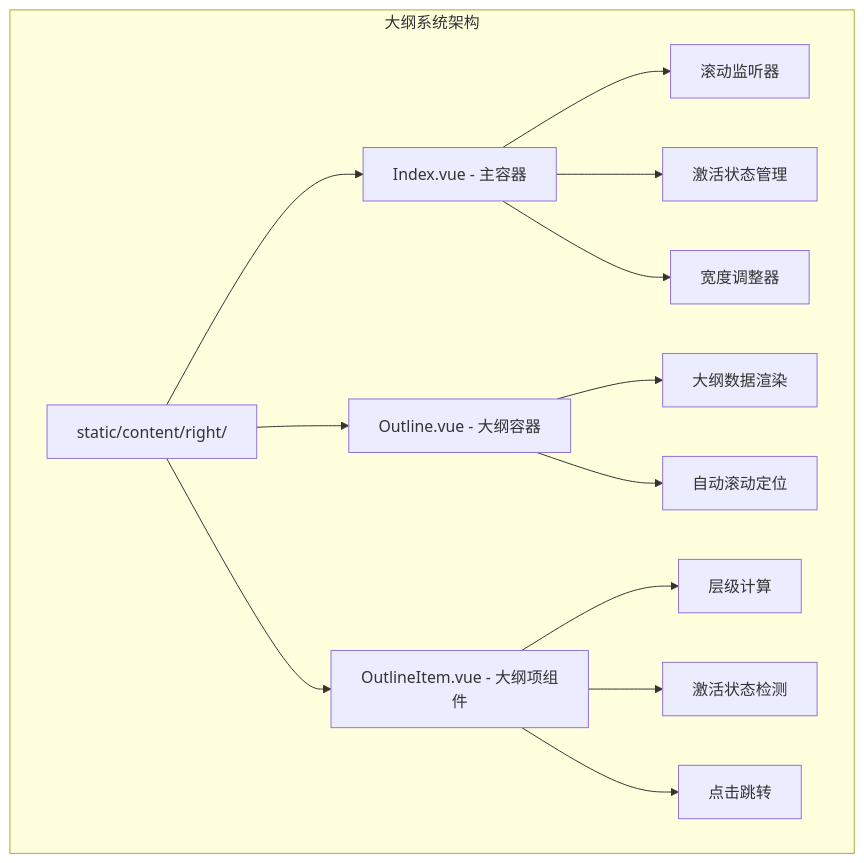
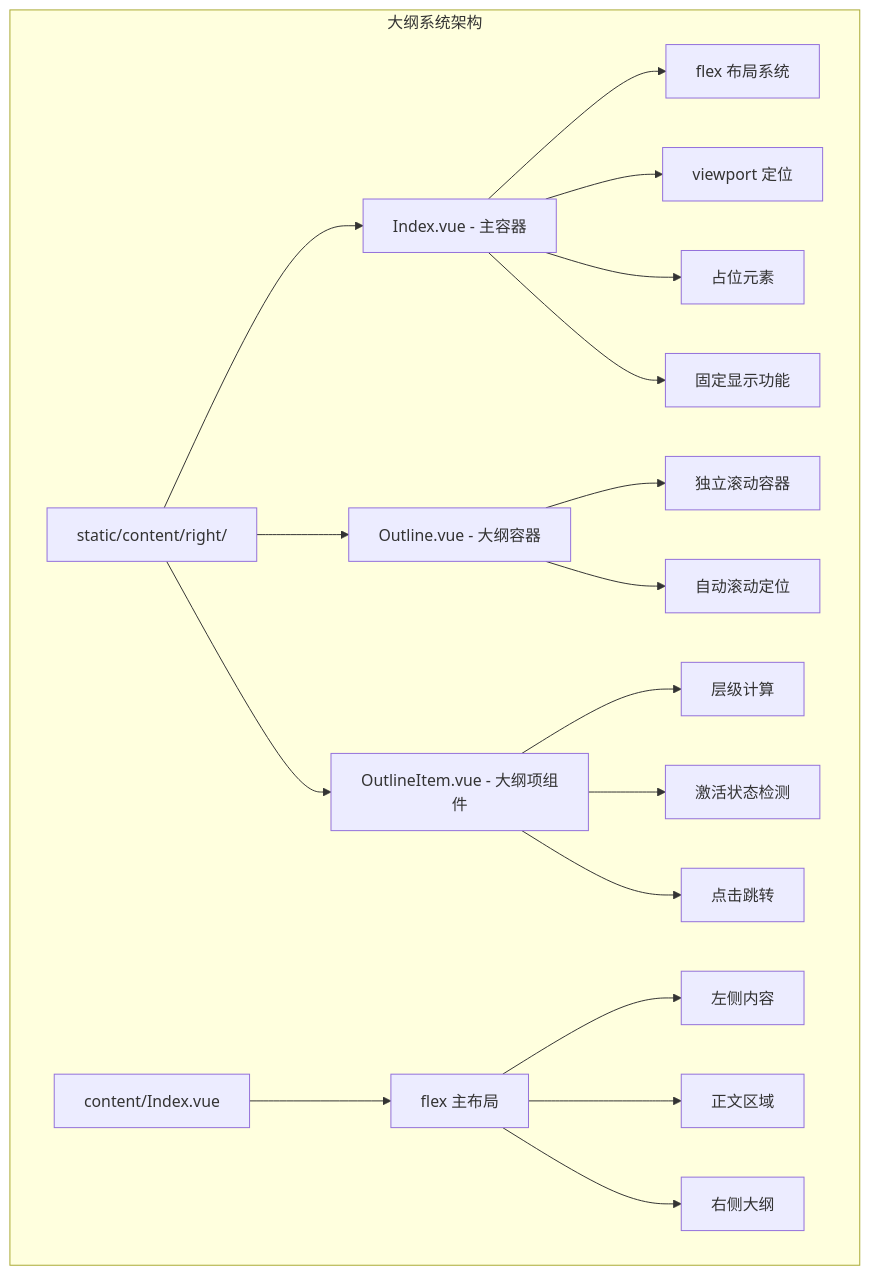
Before and after one commit to terwer/siyuan-plugin-blog: the first of 10 diagrams in .qoder/repowiki/zh/content/Outline System.md, drawn with Mermaid. The commit also changed other lines of this file and 3 other files, not shown here.

Commit message:
docs(Outline System): update to flex layout, viewport positioning, add components

````diff
--- a/.qoder/repowiki/zh/content/Outline System.md
+++ b/.qoder/repowiki/zh/content/Outline System.md
@@ -42,16 +60,21 @@
 ```mermaid
 graph TB
 subgraph "大纲系统架构"
 A[static/content/right/] --> B[Index.vue - 主容器]
 A --> C[Outline.vue - 大纲容器]
 A --> D[OutlineItem.vue - 大纲项组件]
-B --> E[滚动监听器]
-B --> F[激活状态管理]
-B --> G[宽度调整器]
-C --> H[大纲数据渲染]
-C --> I[自动滚动定位]
-D --> J[层级计算]
-D --> K[激活状态检测]
-D --> L[点击跳转]
+B --> E[flex 布局系统]
+B --> F[viewport 定位]
+B --> G[占位元素]
+B --> H[固定显示功能]
+C --> I[独立滚动容器]
+C --> J[自动滚动定位]
+D --> K[层级计算]
+D --> L[激活状态检测]
+D --> M[点击跳转]
+N[content/Index.vue] --> O[flex 主布局]
+O --> P[左侧内容]
+O --> Q[正文区域]
+O --> R[右侧大纲]
 end
 ```
````
